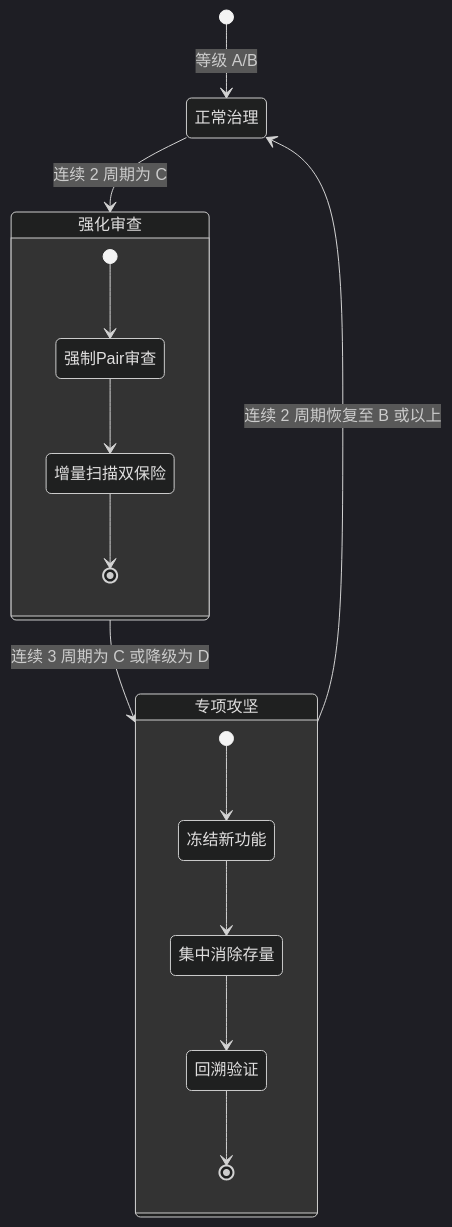
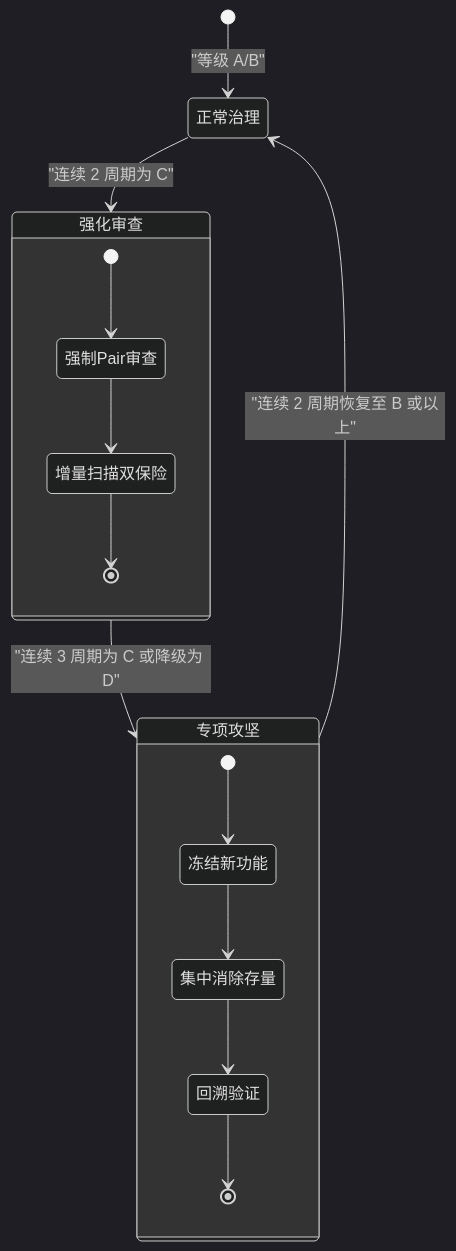
One commit to xinetzone/SpecWeave changed the diagram in .agents/rules/enforcement-guidelines.md. Above: the diagram before and after it, drawn with Mermaid (dark theme). The commit also changed 17 other files, not shown here.

````diff
--- a/.agents/rules/enforcement-guidelines.md
+++ b/.agents/rules/enforcement-guidelines.md
@@ -274,18 +274,18 @@
 ```mermaid
 stateDiagram-v2
-    [*] --> 正常治理 : 等级 A/B
-    正常治理 --> 强化审查 : 连续 2 周期为 C
-    强化审查 --> 专项攻坚 : 连续 3 周期为 C 或降级为 D
-    专项攻坚 --> 正常治理 : 连续 2 周期恢复至 B 或以上
+    [*] --> 正常治理 : "等级 A/B"
+    正常治理 --> 强化审查 : "连续 2 周期为 C"
+    强化审查 --> 专项攻坚 : "连续 3 周期为 C 或降级为 D"
+    专项攻坚 --> 正常治理 : "连续 2 周期恢复至 B 或以上"
     state 强化审查 {
         [*] --> 强制Pair审查
         强制Pair审查 --> 增量扫描双保险
         增量扫描双保险 --> [*]
     }
     state 专项攻坚 {
         [*] --> 冻结新功能
         冻结新功能 --> 集中消除存量
         集中消除存量 --> 回溯验证
         回溯验证 --> [*]
     }
 ```
````
